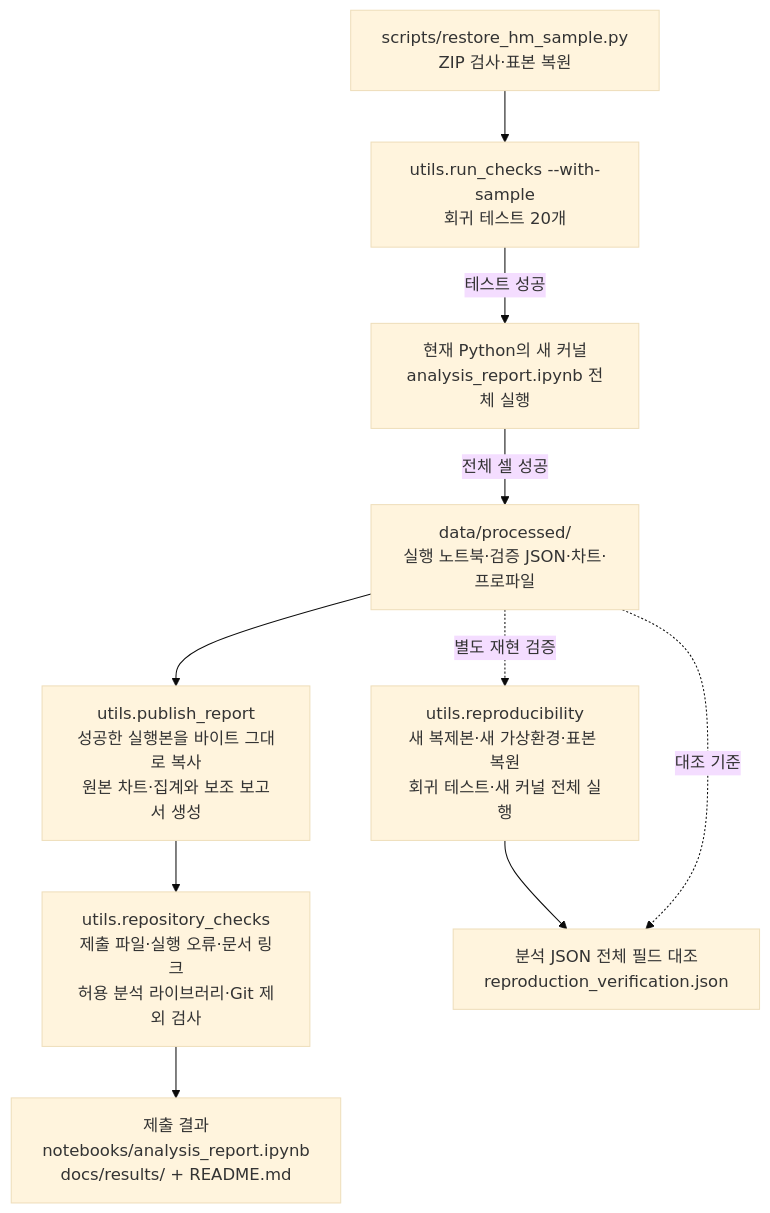
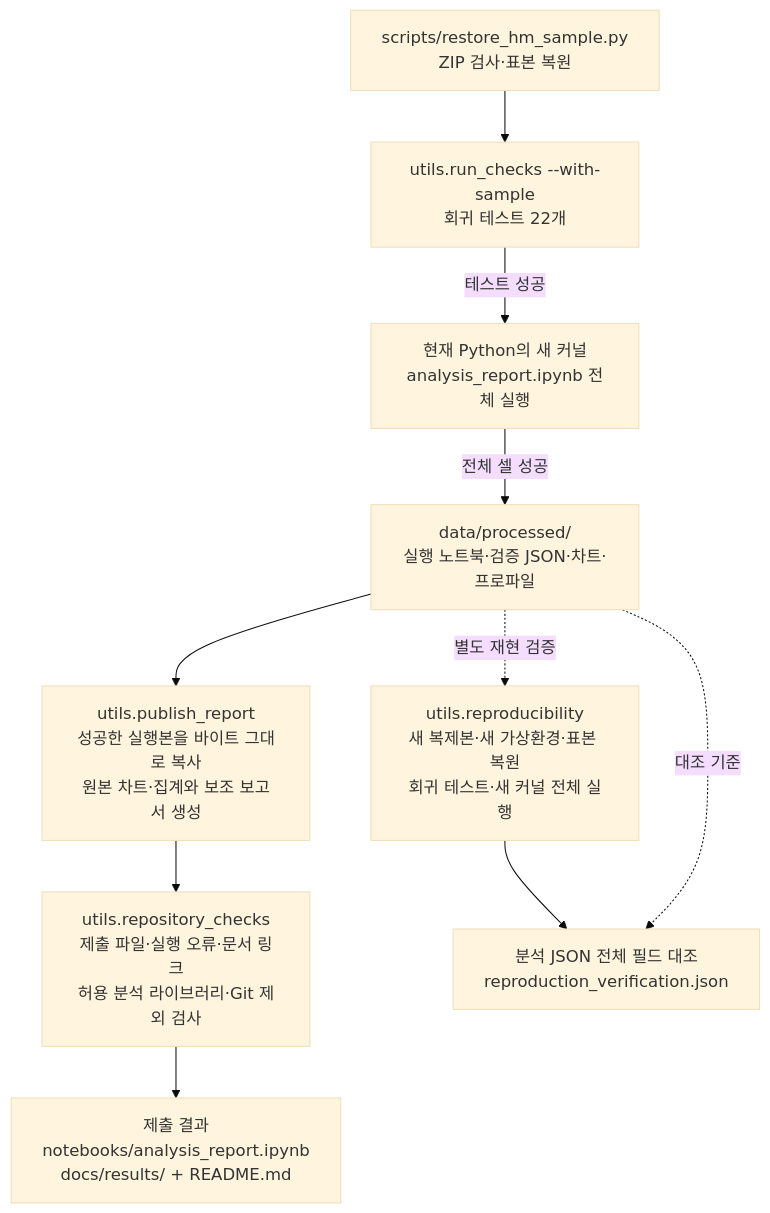
One commit to ntt65/A1_1 changed the fourth of 4 diagrams in README.md. Above: the diagram before and after it, drawn with Mermaid (base theme). The commit also changed other lines of this file and 7 other files, not shown here.

````diff
--- a/README.md
+++ b/README.md
@@ -524,19 +532,19 @@
 ```mermaid
 flowchart TD
     ZIP["scripts/restore_hm_sample.py<br/>ZIP 검사·표본 복원"]
-    TEST["utils.run_checks --with-sample<br/>회귀 테스트 20개"]
+    TEST["utils.run_checks --with-sample<br/>회귀 테스트 22개"]
     KERNEL["현재 Python의 새 커널<br/>analysis_report.ipynb 전체 실행"]
     LOCAL["data/processed/<br/>실행 노트북·검증 JSON·차트·프로파일"]
     PUB["utils.publish_report<br/>성공한 실행본을 바이트 그대로 복사<br/>원본 차트·집계와 보조 보고서 생성"]
     REPO["utils.repository_checks<br/>제출 파일·실행 오류·문서 링크<br/>허용 분석 라이브러리·Git 제외 검사"]
     SUBMIT["제출 결과<br/>notebooks/analysis_report.ipynb<br/>docs/results/ + README.md"]
     FRESH["utils.reproducibility<br/>새 복제본·새 가상환경·표본 복원<br/>회귀 테스트·새 커널 전체 실행"]
     COMPARE["분석 JSON 전체 필드 대조<br/>reproduction_verification.json"]
     ZIP --> TEST
     TEST -->|"테스트 성공"| KERNEL
     KERNEL -->|"전체 셀 성공"| LOCAL
     LOCAL --> PUB --> REPO --> SUBMIT
     LOCAL -. "별도 재현 검증" .-> FRESH
     FRESH --> COMPARE
     LOCAL -. "대조 기준" .-> COMPARE
 ```
````
